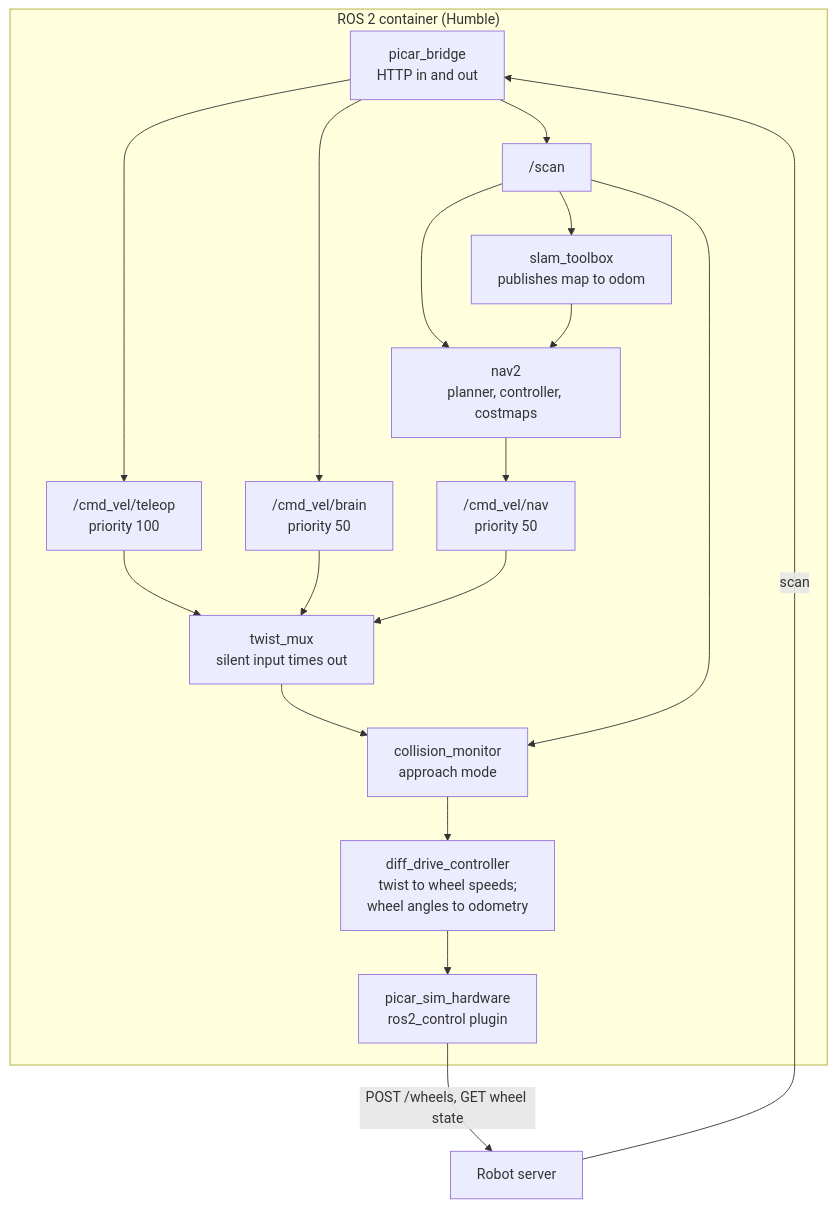
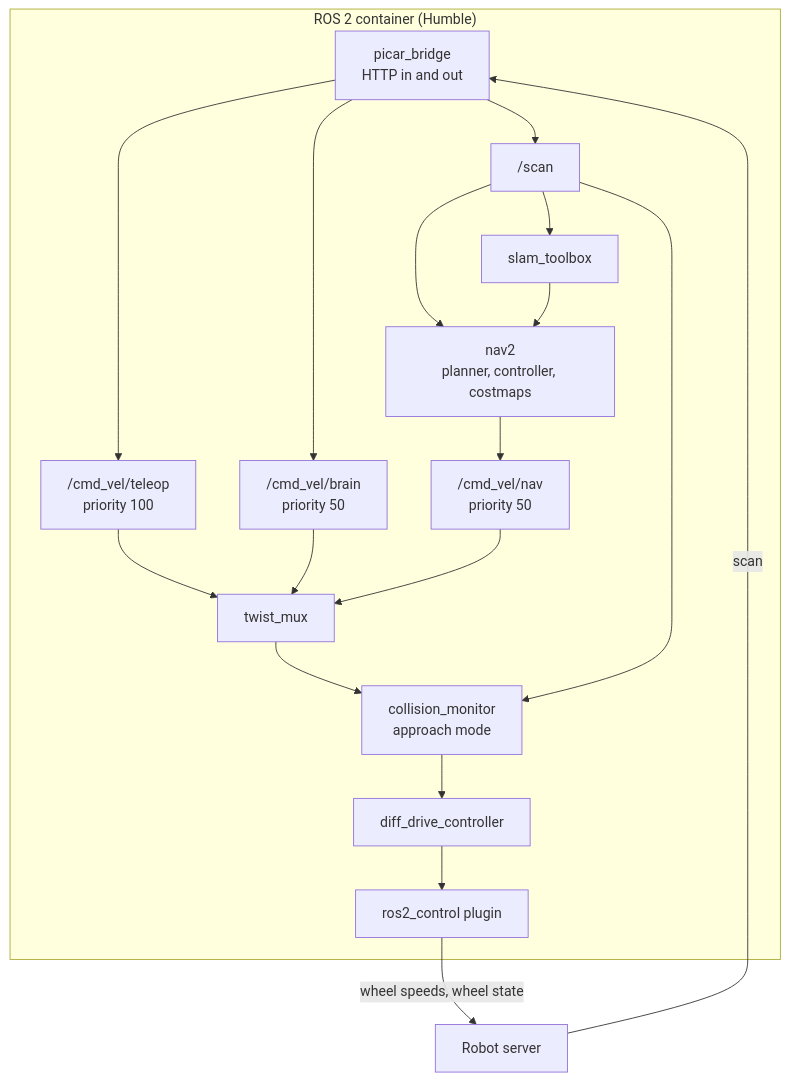
One commit to eldolor/physical-ai-rover changed the fourth of 4 diagrams in docs/ARCHITECTURE.md. Above: the diagram before and after it, drawn with Mermaid. The commit also changed other lines of this file, not shown here.

First line of the commit message:
Architecture overview as the target architecture

````diff
--- a/docs/ARCHITECTURE.md
+++ b/docs/ARCHITECTURE.md
@@ -157,25 +235,25 @@
 ```mermaid
 flowchart TB
     subgraph container["ROS 2 container (Humble)"]
         bridge["picar_bridge<br/>HTTP in and out"]
         teleop["/cmd_vel/teleop<br/>priority 100"]
         brainv["/cmd_vel/brain<br/>priority 50"]
         nav["/cmd_vel/nav<br/>priority 50"]
-        mux["twist_mux<br/>silent input times out"]
+        mux["twist_mux"]
         cm["collision_monitor<br/>approach mode"]
-        dd["diff_drive_controller<br/>twist to wheel speeds;<br/>wheel angles to odometry"]
-        hw["picar_sim_hardware<br/>ros2_control plugin"]
-        slam["slam_toolbox<br/>publishes map to odom"]
+        dd["diff_drive_controller"]
+        hw["ros2_control plugin"]
+        slam["slam_toolbox"]
         nav2["nav2<br/>planner, controller, costmaps"]
         scan["/scan"]
     end
     rs["Robot server"]
 
     bridge --> teleop & brainv
     nav2 --> nav
     teleop & brainv & nav --> mux --> cm --> dd --> hw
-    hw -->|"POST /wheels, GET wheel state"| rs
+    hw -->|"wheel speeds, wheel state"| rs
     rs -->|scan| bridge --> scan
     scan --> slam & nav2 & cm
     slam --> nav2
 ```
````
